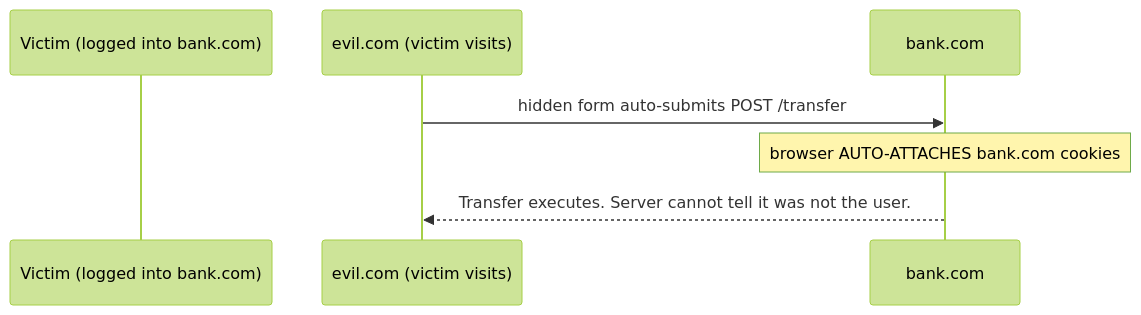
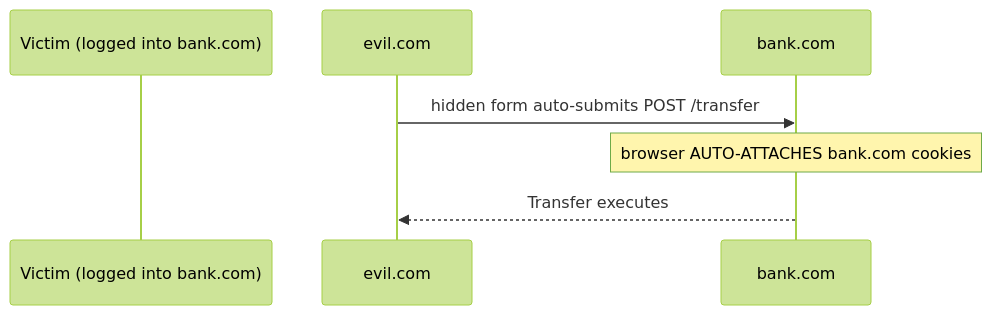
Before and after one commit to ashishxcode/frontend-internals: the second of 2 diagrams in packages/content/content/14-web-security.mdx, drawn with Mermaid (forest theme). The commit also changed other lines of this file and 34 other files, not shown here.

````diff
--- a/packages/content/content/14-web-security.mdx
+++ b/packages/content/content/14-web-security.mdx
@@ -62,9 +39,9 @@
 ```mermaid
 sequenceDiagram
   participant V as Victim (logged into bank.com)
-  participant E as evil.com (victim visits)
+  participant E as evil.com
   participant Bk as bank.com
   E->>Bk: hidden form auto-submits POST /transfer
   Note over Bk: browser AUTO-ATTACHES bank.com cookies
-  Bk-->>E: Transfer executes. Server cannot tell it was not the user.
+  Bk-->>E: Transfer executes
 ```
````
